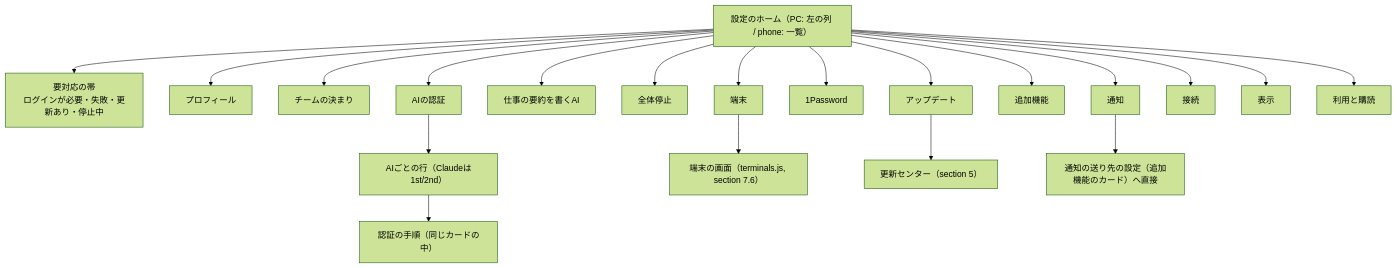
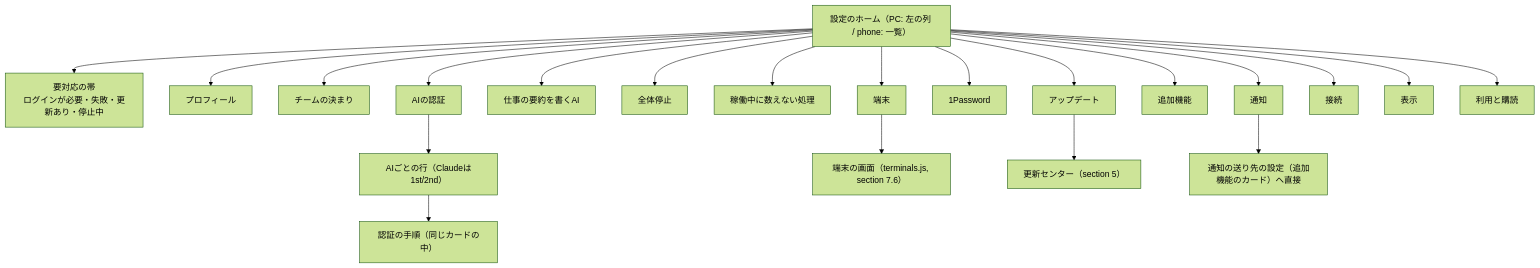
One commit to kitepon/BellTeam changed the fifth of 17 diagrams in docs/architecture/modules/web/user-paths.md. Above: the diagram before and after it, drawn with Mermaid (forest theme). The commit also changed other lines of this file and 9 other files, not shown here.

````diff
--- a/docs/architecture/modules/web/user-paths.md
+++ b/docs/architecture/modules/web/user-paths.md
@@ -191,21 +191,22 @@
 ```mermaid
 flowchart TD
   Home["設定のホーム（PC: 左の列 / phone: 一覧）"] --> Attn["要対応の帯<br/>ログインが必要・失敗・更新あり・停止中"]
   Home --> P["プロフィール"]
   Home --> R["チームの決まり"]
   Home --> AI["AIの認証"]
   Home --> SUM["仕事の要約を書くAI"]
   Home --> S["全体停止"]
+  Home --> X["稼働中に数えない処理"]
   Home --> T["端末"]
   Home --> OP["1Password"]
   Home --> N["通知"]
   Home --> F["追加機能"]
   Home --> UP["アップデート"]
   Home --> C["接続"]
   Home --> D["表示"]
   Home --> B["利用と購読"]
   AI --> AIR["AIごとの行（Claudeは1st/2nd）"] --> AIV["認証の手順（同じカードの中）"]
   T --> TD["端末の画面（terminals.js, section 7.6）"]
   UP --> UC["更新センター（section 5）"]
   N --> NF["通知の送り先の設定（追加機能のカード）へ直接"]
 ```
````
